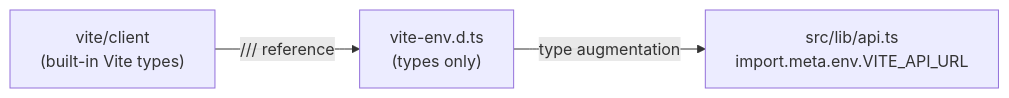
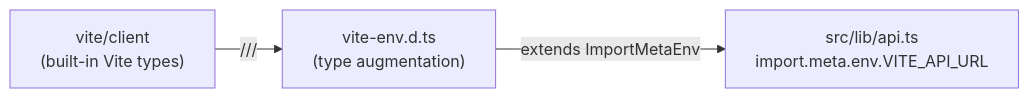
Before and after one commit to Gunashekharp/sdlc-sample-worflow: the diagram in docs-site/src/content/docs/frontend/vite-env.md, drawn with Mermaid. The commit also changed other lines of this file and 52 other files, not shown here.

````diff
--- a/docs-site/src/content/docs/frontend/vite-env.md
+++ b/docs-site/src/content/docs/frontend/vite-env.md
@@ -94,9 +96,9 @@
 ```mermaid
 flowchart LR
-  viteEnv["vite-env.d.ts\n(types only)"]
+  viteClient["vite/client\n(built-in Vite types)"]
+  viteEnv["vite-env.d.ts\n(type augmentation)"]
   apiTs["src/lib/api.ts\nimport.meta.env.VITE_API_URL"]
-  viteClient["vite/client\n(built-in Vite types)"]
 
-  viteClient -->|"/// reference"| viteEnv
-  viteEnv -->|"type augmentation"| apiTs
+  viteClient -->|"/// <reference>"| viteEnv
+  viteEnv -->|"extends ImportMetaEnv"| apiTs
 ```
````
